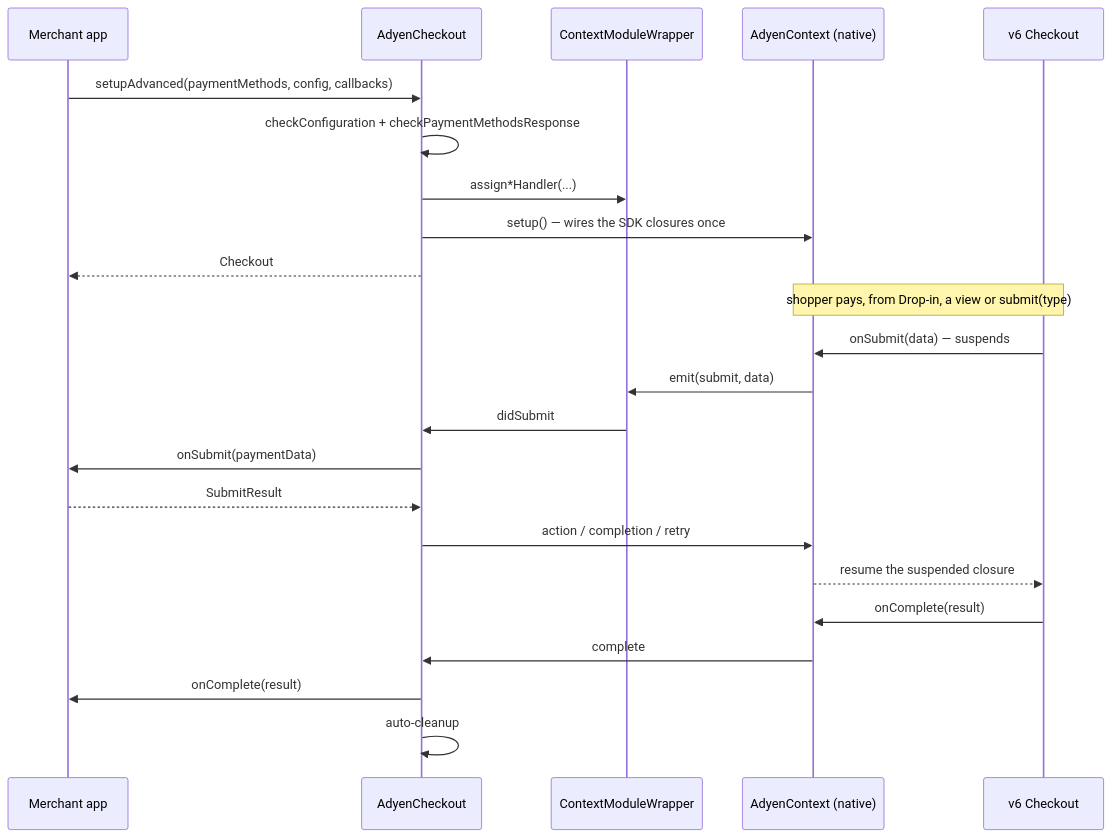
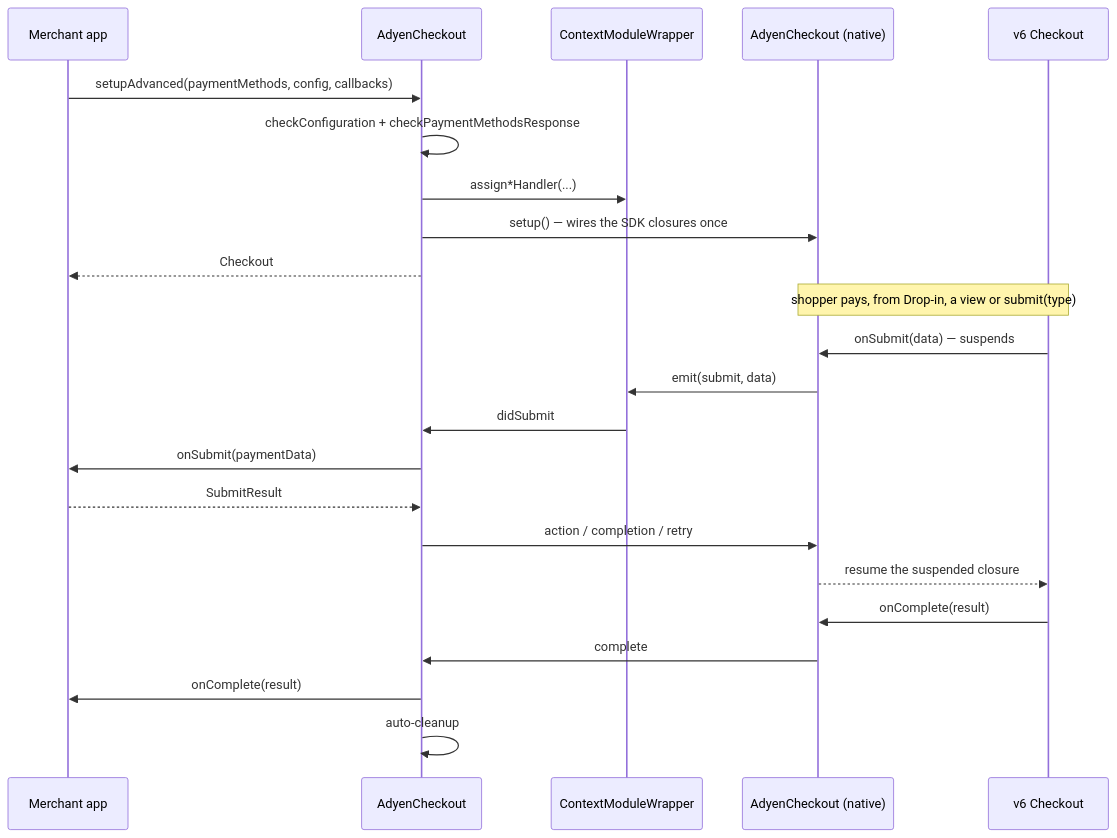
Before and after one commit to Adyen/adyen-react-native: the fourth of 6 diagrams in docs/js-architecture.md, drawn with Mermaid. The commit also changed other lines of this file and 17 other files, not shown here.

First line of the commit message:
refactor!: rename the AdyenContext bridge module to AdyenCheckout

````diff
--- a/docs/js-architecture.md
+++ b/docs/js-architecture.md
@@ -194,27 +194,27 @@
 ```mermaid
 sequenceDiagram
   participant M as Merchant app
   participant AC as AdyenCheckout
   participant CW as ContextModuleWrapper
-  participant N as AdyenContext (native)
+  participant N as AdyenCheckout (native)
   participant SDK as v6 Checkout
 
   M->>AC: setupAdvanced(paymentMethods, config, callbacks)
   AC->>AC: checkConfiguration + checkPaymentMethodsResponse
   AC->>CW: assign*Handler(...)
   AC->>N: setup() — wires the SDK closures once
   AC-->>M: Checkout
 
   Note over N,SDK: shopper pays, from Drop-in, a view or submit(type)
   SDK->>N: onSubmit(data) — suspends
   N->>CW: emit(submit, data)
   CW->>AC: didSubmit
   AC->>M: onSubmit(paymentData)
   M-->>AC: SubmitResult
   AC->>N: action / completion / retry
   N-->>SDK: resume the suspended closure
   SDK->>N: onComplete(result)
   N->>AC: complete
   AC->>M: onComplete(result)
   AC->>AC: auto-cleanup
 ```
````
